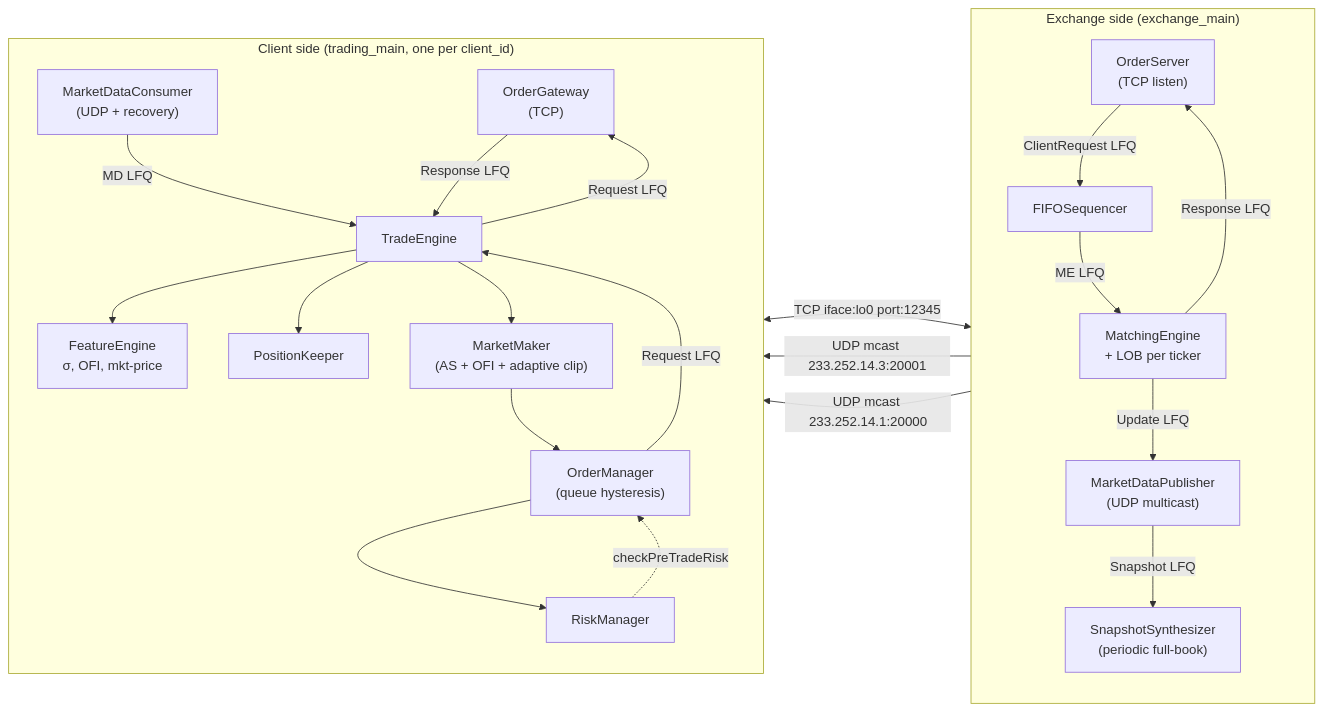
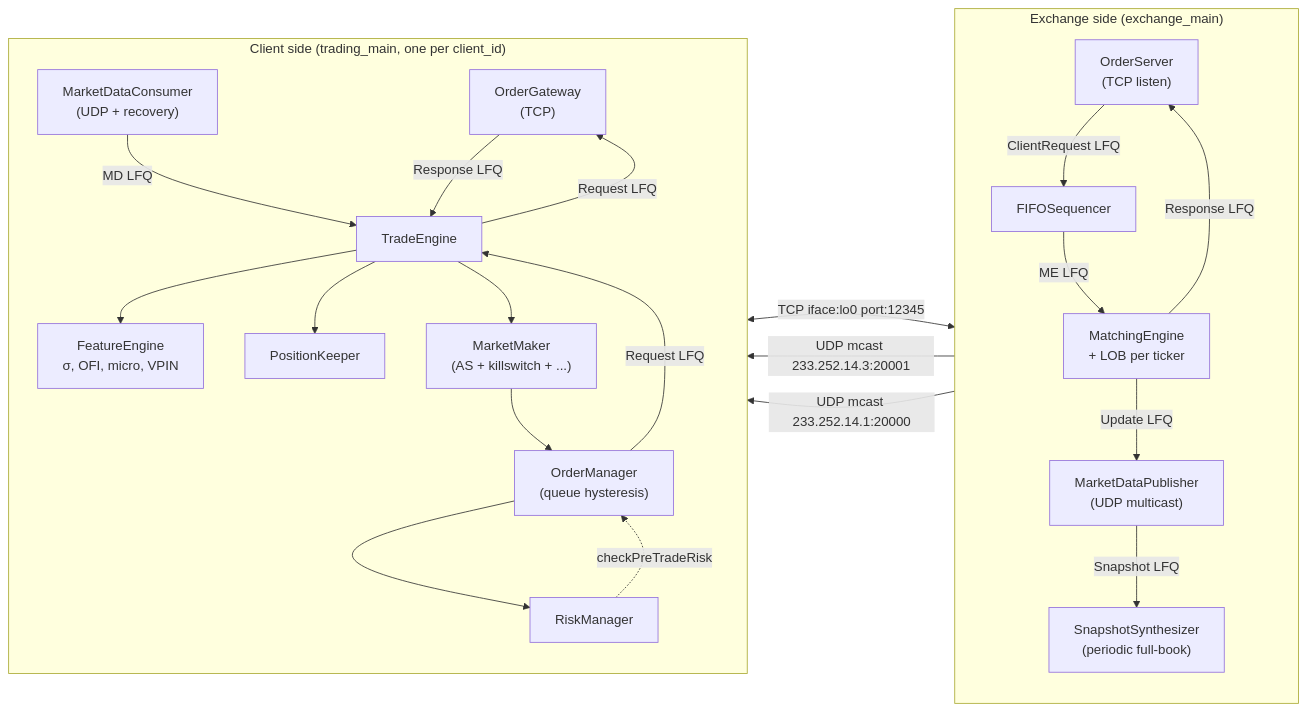
The diagram in README.md (sh-arka22/Low-Latency-Electronic-Trading-Ecosystem-in-Modern-C-), drawn with Mermaid before and after one commit. The commit also changed other lines of this file and 3 other files, not shown here.

````diff
--- a/README.md
+++ b/README.md
@@ -27,42 +107,42 @@
 ```mermaid
 graph LR
     subgraph Exchange["Exchange side (exchange_main)"]
         direction TB
         OS["OrderServer<br/>(TCP listen)"]
         FS[FIFOSequencer]
         ME[MatchingEngine<br/>+ LOB per ticker]
         MDP["MarketDataPublisher<br/>(UDP multicast)"]
         SNAP["SnapshotSynthesizer<br/>(periodic full-book)"]
         OS -- "ClientRequest LFQ" --> FS
         FS -- "ME LFQ" --> ME
         ME -- "Response LFQ" --> OS
         ME -- "Update LFQ" --> MDP
         MDP -- "Snapshot LFQ" --> SNAP
     end
 
     subgraph Client["Client side (trading_main, one per client_id)"]
         direction TB
         OGW["OrderGateway<br/>(TCP)"]
         MDC["MarketDataConsumer<br/>(UDP + recovery)"]
         TE[TradeEngine]
-        FE[FeatureEngine<br/>σ, OFI, mkt-price]
+        FE["FeatureEngine<br/>σ, OFI, micro, VPIN"]
         PK[PositionKeeper]
         RM[RiskManager]
-        MM["MarketMaker<br/>(AS + OFI + adaptive clip)"]
+        MM["MarketMaker<br/>(AS + killswitch + ...)"]
         OM["OrderManager<br/>(queue hysteresis)"]
         MDC -- "MD LFQ" --> TE
         TE --> FE
         TE --> PK
         TE --> MM
         MM --> OM
         OM --> RM
         RM -. "checkPreTradeRisk" .-> OM
         OM -- "Request LFQ" --> TE
         TE -- "Request LFQ" --> OGW
         OGW -- "Response LFQ" --> TE
     end
 
     OGW <-->|"TCP iface:lo0 port:12345"| OS
     MDP -->|"UDP mcast 233.252.14.3:20001"| MDC
     SNAP -->|"UDP mcast 233.252.14.1:20000"| MDC
 ```
````
